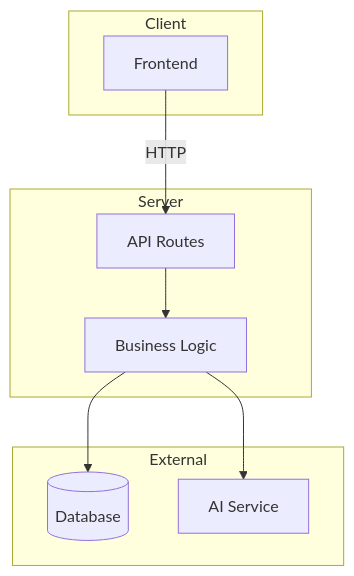
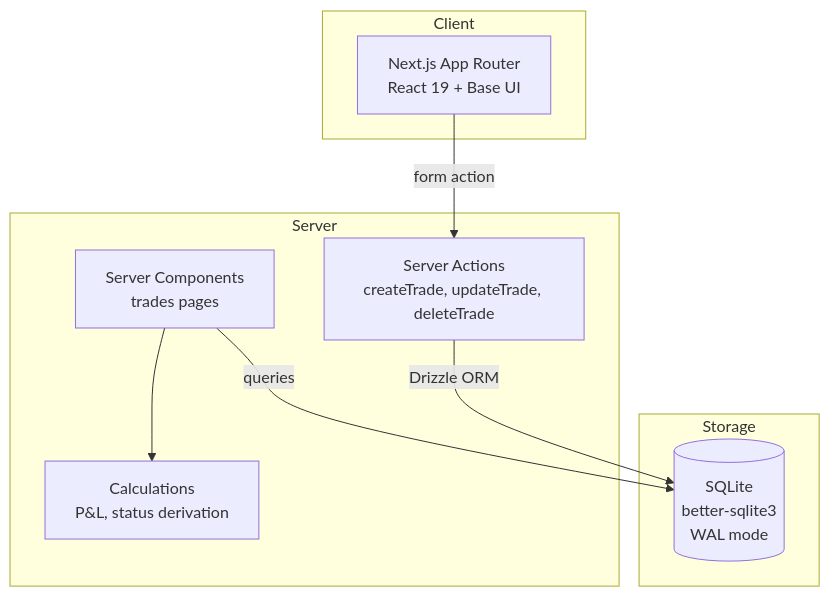
One commit to AgentTT5518/trading_journal changed the diagram in ARCHITECTURE.md. Above: the diagram before and after it, drawn with Mermaid. The commit also changed other lines of this file and 53 other files, not shown here.

````diff
--- a/ARCHITECTURE.md
+++ b/ARCHITECTURE.md
@@ -9,21 +9,21 @@
 ```mermaid
 graph TB
     subgraph Client
-        UI[Frontend]
+        UI[Next.js App Router<br/>React 19 + Base UI]
     end
 
     subgraph Server
-        API[API Routes]
-        BL[Business Logic]
+        SA[Server Actions<br/>createTrade, updateTrade, deleteTrade]
+        SC[Server Components<br/>trades pages]
+        CALC[Calculations<br/>P&L, status derivation]
     end
 
-    subgraph External
-        DB[(Database)]
-        AI[AI Service]
+    subgraph Storage
+        DB[(SQLite<br/>better-sqlite3<br/>WAL mode)]
     end
 
-    UI -->|HTTP| API
-    API --> BL
-    BL --> DB
-    BL --> AI
+    UI -->|form action| SA
+    SC -->|queries| DB
+    SA -->|Drizzle ORM| DB
+    SC --> CALC
 ```
````
